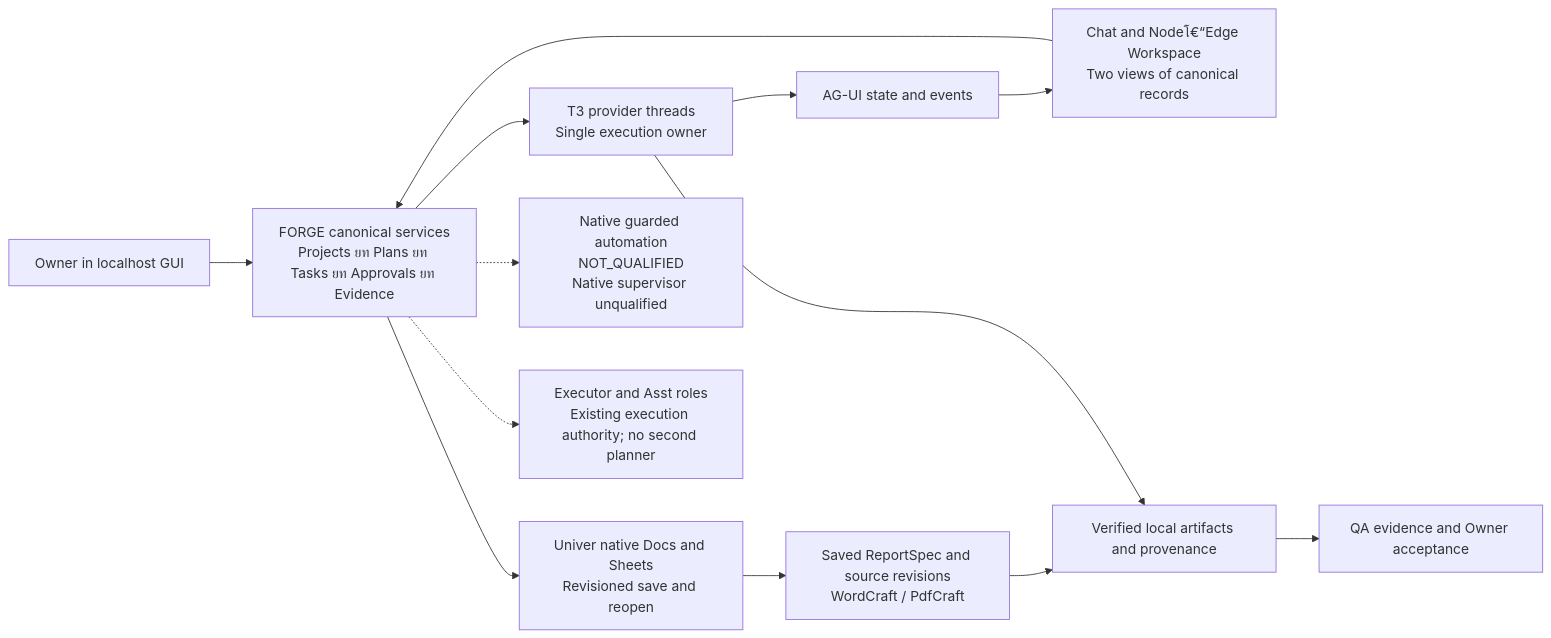
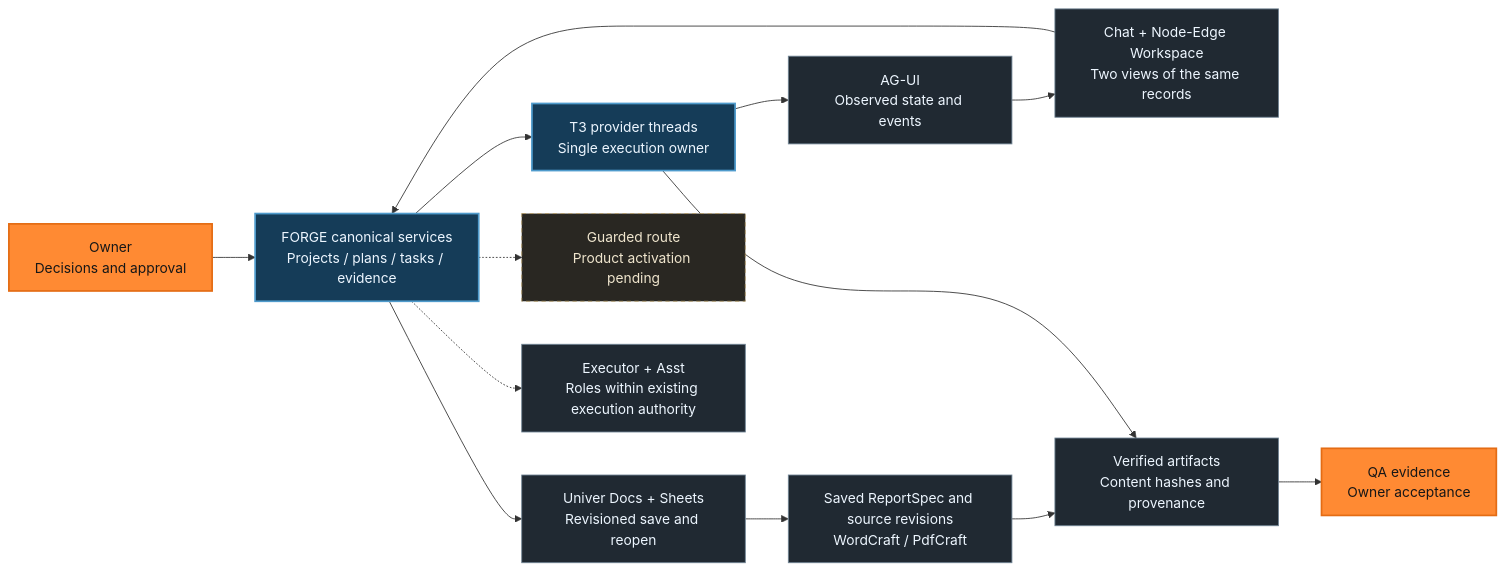
The diagram in docs/media/architecture.mmd (siriponsri/forge-agents), drawn with Mermaid before and after one commit. The commit also changed 5 other files, not shown here.

```diff
--- a/docs/media/architecture.mmd
+++ b/docs/media/architecture.mmd
@@ -1,13 +1,21 @@
 flowchart LR
-  Owner[Owner in localhost GUI] --> Forge[FORGE canonical services<br/>Projects ยท Plans ยท Tasks ยท Approvals ยท Evidence]
-  Forge --> T3[T3 provider threads<br/>Single execution owner]
-  T3 --> Projection[AG-UI state and events]
-  Projection --> Views[Chat and Nodeโ€“Edge Workspace<br/>Two views of canonical records]
+  Owner["Owner<br/>Decisions and approval"] --> Forge["FORGE canonical services<br/>Projects / plans / tasks / evidence"]
+  Forge --> T3["T3 provider threads<br/>Single execution owner"]
+  T3 --> Projection["AG-UI<br/>Observed state and events"]
+  Projection --> Views["Chat + Node-Edge Workspace<br/>Two views of the same records"]
   Views --> Forge
-  Forge --> Office[Univer native Docs and Sheets<br/>Revisioned save and reopen]
-  Office --> Reports[Saved ReportSpec and source revisions<br/>WordCraft / PdfCraft]
-  Reports --> Artifacts[Verified local artifacts and provenance]
+  Forge --> Office["Univer Docs + Sheets<br/>Revisioned save and reopen"]
+  Office --> Reports["Saved ReportSpec and source revisions<br/>WordCraft / PdfCraft"]
+  Reports --> Artifacts["Verified artifacts<br/>Content hashes and provenance"]
   T3 --> Artifacts
-  Artifacts --> Review[QA evidence and Owner acceptance]
-  Forge -.-> Guard[Native guarded automation<br/>NOT_QUALIFIED<br/>Native supervisor unqualified]
-  Forge -.-> Assist[Executor and Asst roles<br/>Existing execution authority; no second planner]
+  Artifacts --> Review["QA evidence<br/>Owner acceptance"]
+  Forge -.-> Guard["Guarded route<br/>Product activation pending"]
+  Forge -.-> Assist["Executor + Asst<br/>Roles within existing execution authority"]
+  classDef owner fill:#ff8a33,color:#171717,stroke:#e46c14,stroke-width:2px;
+  classDef core fill:#153c58,color:#edf6ff,stroke:#4f9bcc,stroke-width:2px;
+  classDef data fill:#202932,color:#edf6ff,stroke:#708494;
+  classDef pending fill:#292722,color:#efe5cd,stroke:#ad9666,stroke-dasharray:5 4;
+  class Owner,Review owner;
+  class Forge,T3 core;
+  class Projection,Views,Office,Reports,Artifacts,Assist data;
+  class Guard pending;
```
